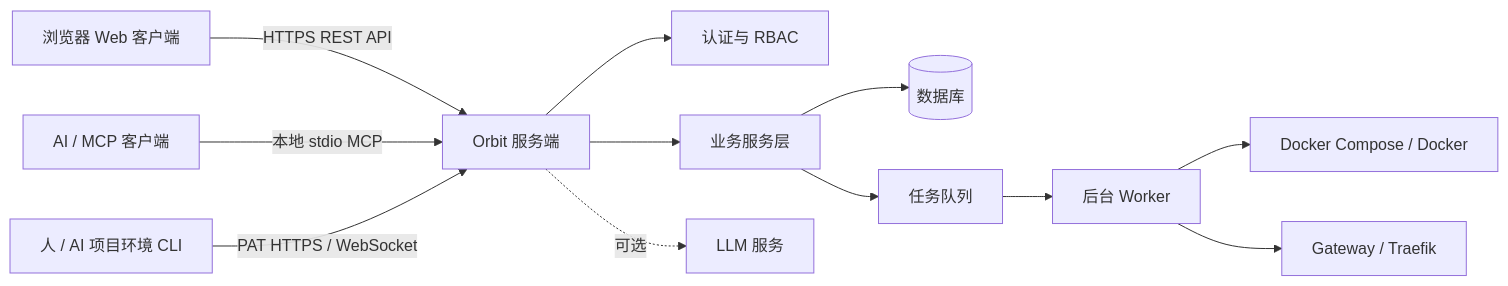
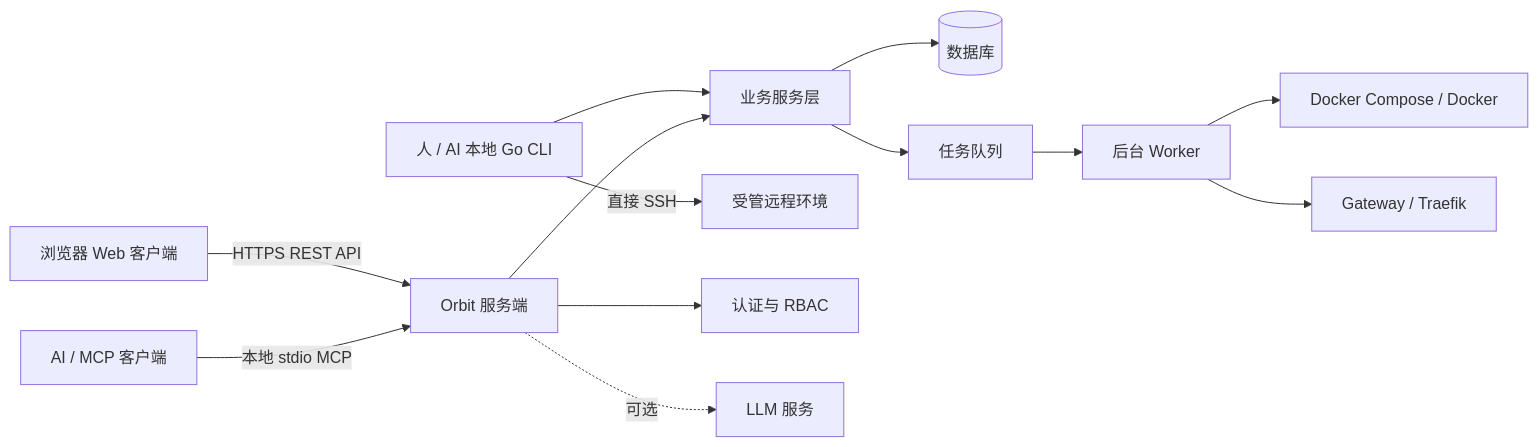
Before and after one commit to leoninew/pomelo-orbit: the first of 4 diagrams in docs/guides/client-cloud-invocation.md, drawn with Mermaid. The commit also changed other lines of this file and 83 other files, not shown here.

First line of the commit message:
feat(cli): add local SSH environment management

````diff
--- a/docs/guides/client-cloud-invocation.md
+++ b/docs/guides/client-cloud-invocation.md
@@ -13,15 +13,16 @@
 ```mermaid
 flowchart LR
     A[浏览器 Web 客户端] -->|HTTPS REST API| B[Orbit 服务端]
     C[AI / MCP 客户端] -->|本地 stdio MCP| B
-    CLI[人 / AI 项目环境 CLI] -->|PAT HTTPS / WebSocket| B
+    CLI[人 / AI 本地 Go CLI] --> E
+    CLI -->|直接 SSH| SSH[受管远程环境]
 
     B --> D[认证与 RBAC]
     B --> E[业务服务层]
     E --> F[(数据库)]
     E --> G[任务队列]
     G --> H[后台 Worker]
     H --> I[Docker Compose / Docker]
     H --> J[Gateway / Traefik]
     B -.可选.-> K[LLM 服务]
 ```
````
